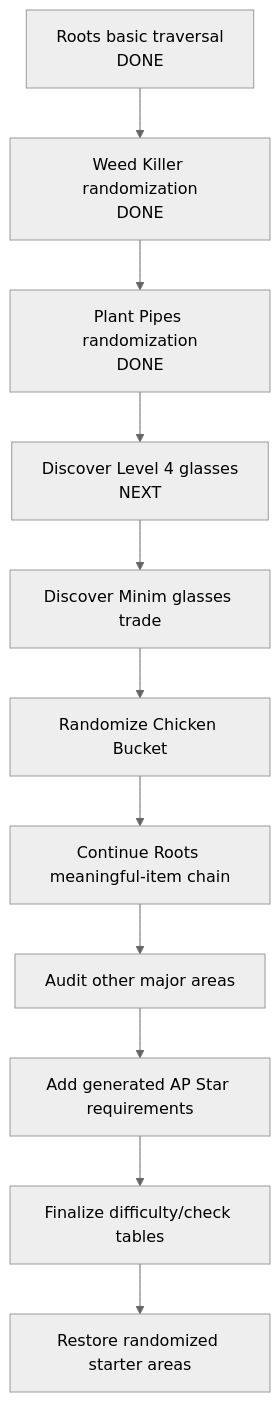
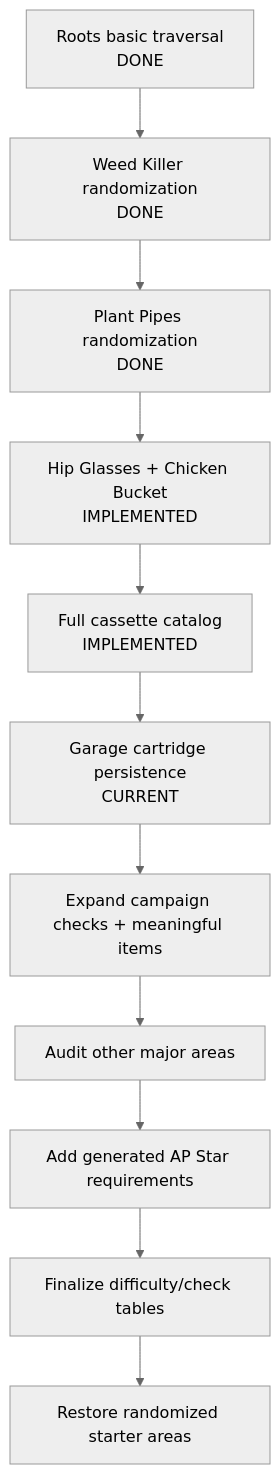
Before and after one commit to Akamarus/Super-Crazy-Rhythm-Castle-Archipelago: the fourth of 4 diagrams in docs/PROJECT_OVERVIEW.md, drawn with Mermaid (neutral theme). The commit also changed other lines of this file and 7 other files, not shown here.

````diff
--- a/docs/PROJECT_OVERVIEW.md
+++ b/docs/PROJECT_OVERVIEW.md
@@ -566,17 +574,17 @@
 ```mermaid
 flowchart TD
     DONE1[Roots basic traversal\nDONE]
     DONE2[Weed Killer randomization\nDONE]
     DONE3[Plant Pipes randomization\nDONE]
-    L4[Discover Level 4 glasses\nNEXT]
-    TRADE[Discover Minim glasses trade]
-    BUCKET[Randomize Chicken Bucket]
-    ROOTSREST[Continue Roots meaningful-item chain]
+    DONE4[Hip Glasses + Chicken Bucket\nIMPLEMENTED]
+    DONE5[Full cassette catalog\nIMPLEMENTED]
+    GARAGE[Garage cartridge persistence\nCURRENT]
+    ROOTSREST[Expand campaign checks + meaningful items]
     OTHER[Audit other major areas]
     STARS[Add generated AP Star requirements]
     DIFF[Finalize difficulty/check tables]
     STARTERS[Restore randomized starter areas]
 
-    DONE1 --> DONE2 --> DONE3 --> L4 --> TRADE --> BUCKET --> ROOTSREST
+    DONE1 --> DONE2 --> DONE3 --> DONE4 --> DONE5 --> GARAGE --> ROOTSREST
     ROOTSREST --> OTHER --> STARS --> DIFF --> STARTERS
 ```
````
